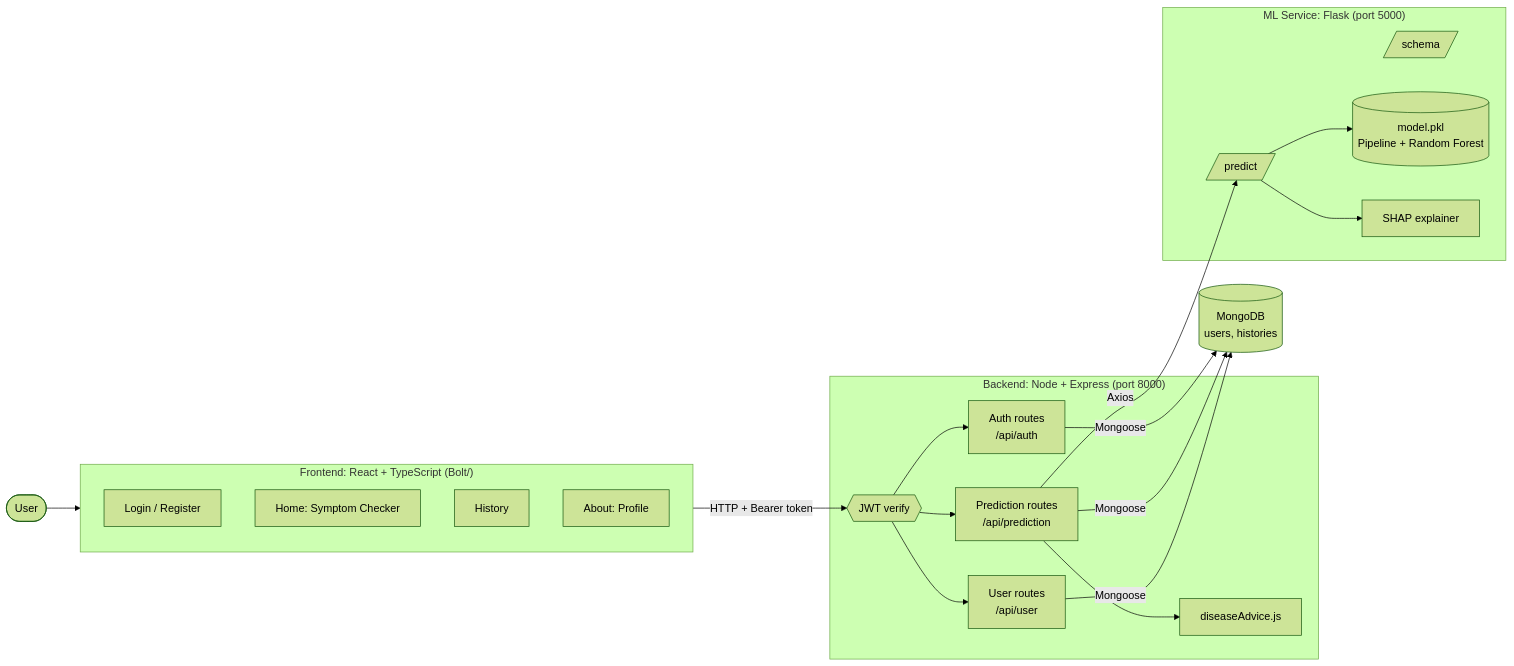
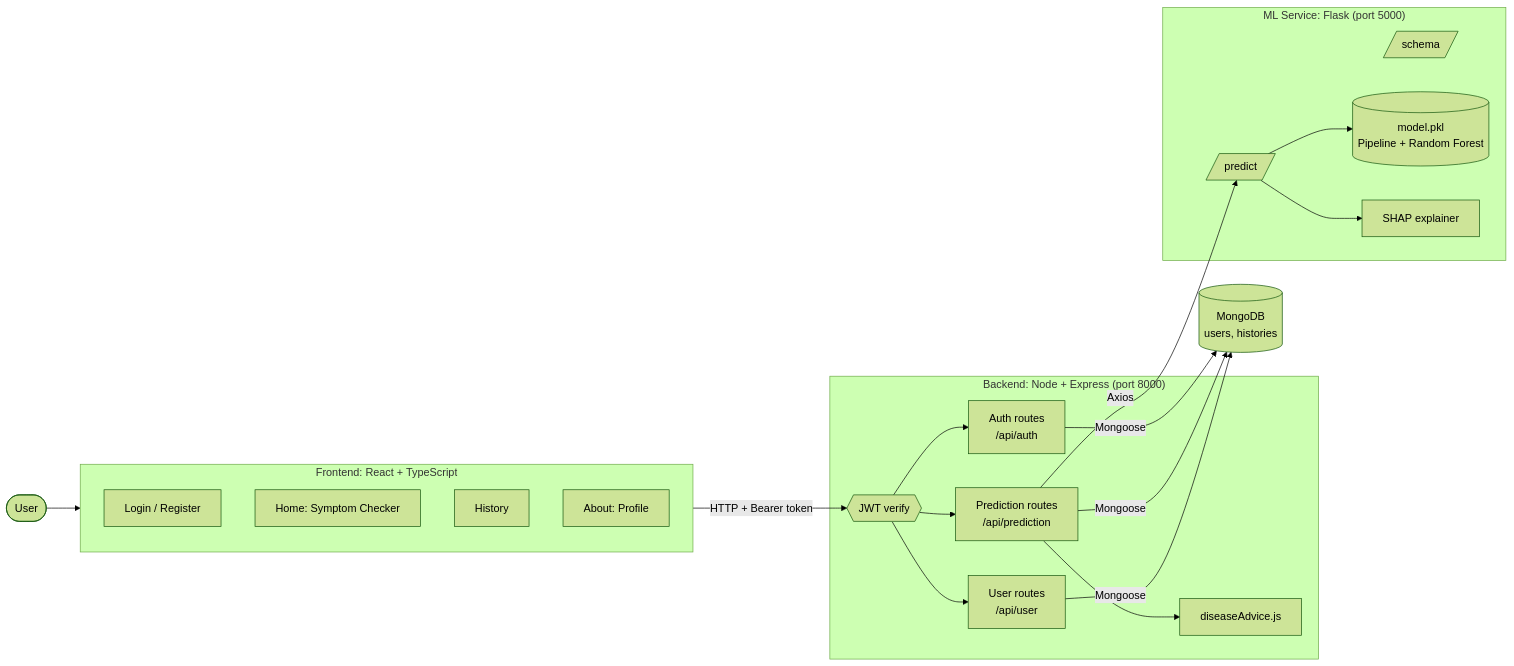
The diagram in README.md (AdvikaChaithra/HealthPrediction), drawn with Mermaid (forest theme) before and after one commit. The commit also changed other lines of this file, not shown here.

````diff
--- a/README.md
+++ b/README.md
@@ -102,36 +102,36 @@
 ```mermaid
 flowchart LR
     U([User]) --> FE
 
-    subgraph FE["Frontend: React + TypeScript (Bolt/)"]
+    subgraph FE["Frontend: React + TypeScript "]
         P1[Login / Register]
         P2[Home: Symptom Checker]
         P3[History]
         P4[About: Profile]
     end
 
     subgraph BE["Backend: Node + Express (port 8000)"]
         A[Auth routes<br/>/api/auth]
         PR[Prediction routes<br/>/api/prediction]
         US[User routes<br/>/api/user]
         ADV[diseaseAdvice.js]
         JWT{{JWT verify}}
     end
 
     subgraph ML["ML Service: Flask (port 5000)"]
         SCH[/schema/]
         PRED[/predict/]
         MODEL[(model.pkl<br/>Pipeline + Random Forest)]
         SHAP[SHAP explainer]
     end
 
     DB[(MongoDB<br/>users, histories)]
 
     FE -- "HTTP + Bearer token" --> JWT
     JWT --> A & PR & US
     PR -- "Axios" --> PRED
     PRED --> MODEL
     PRED --> SHAP
     PR --> ADV
     A & PR & US -- "Mongoose" --> DB
 ```
````
